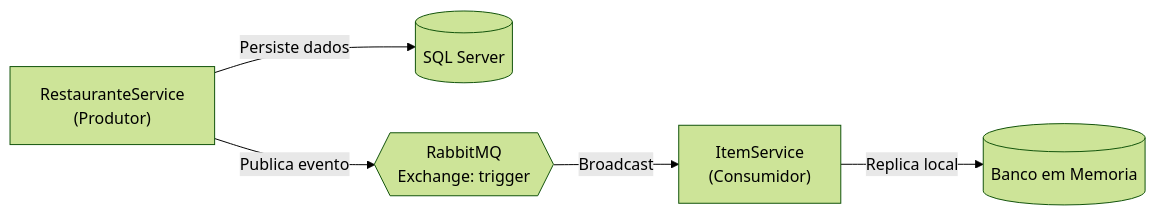
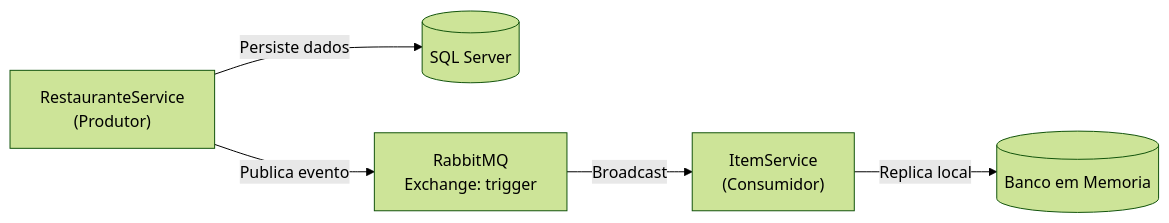
The first of 2 diagrams in README.md (Jonas-Emir/restaurant-microservices-integration), drawn with Mermaid (forest theme) before and after one commit. The commit also changed other lines of this file, not shown here.

Commit message:
Ajustes de layout e espaçamento diagrama.

````diff
--- a/README.md
+++ b/README.md
@@ -5,7 +5,7 @@
 ```mermaid
 flowchart LR
-    A["RestauranteService\n(Produtor)"] -->|Persiste dados| DB1[("SQL Server")]
-    A -->|Publica evento| B{{"RabbitMQ\nExchange: trigger"}}
-    B -->|Broadcast| C["ItemService\n(Consumidor)"]
-    C -->|Replica local| DB2[("Banco em Memoria")]
+    A["RestauranteService<br/>(Produtor)"] -->|"Persiste dados"| DB1[("SQL Server")]
+    A -->|"Publica evento"| B["RabbitMQ<br/>Exchange: trigger"]
+    B -->|"Broadcast"| C["ItemService<br/>(Consumidor)"]
+    C -->|"Replica local"| DB2[("Banco em Memoria")]
 ```
````
